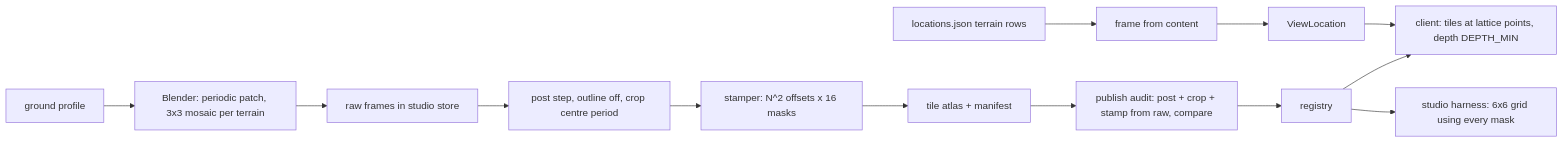
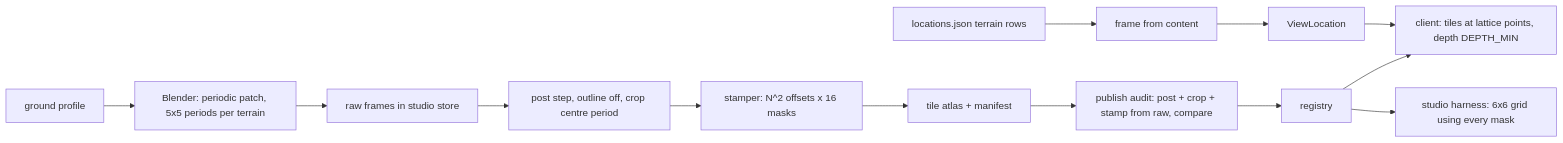
Before and after one commit to marcusrbrown/panthea: the diagram in docs/plans/2026-10-14-001-feat-terrain-tiles-plan.md, drawn with Mermaid. The commit also changed other lines of this file, not shown here.

Commit message:
docs(plan): deepen terrain tiles plan (periodic patch alignment, transition art)

````diff
--- a/docs/plans/2026-10-14-001-feat-terrain-tiles-plan.md
+++ b/docs/plans/2026-10-14-001-feat-terrain-tiles-plan.md
@@ -233,14 +243,14 @@
 ```mermaid
 flowchart LR
-  P[ground profile] --> B[Blender: periodic patch, 3x3 mosaic per terrain]
+  P[ground profile] --> B[Blender: periodic patch, 5x5 periods per terrain]
   B --> R[raw frames in studio store]
   R --> PS[post step, outline off, crop centre period]
   PS --> S[stamper: N^2 offsets x 16 masks]
   S --> A[tile atlas + manifest]
   A --> PUB[publish audit: post + crop + stamp from raw, compare]
   PUB --> REG[registry]
   C[locations.json terrain rows] --> F[frame from content] --> V[ViewLocation]
   REG --> CL[client: tiles at lattice points, depth DEPTH_MIN]
   V --> CL
   REG --> ST[studio harness: 6x6 grid using every mask]
 ```
````
